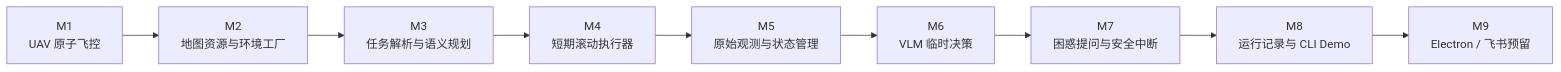
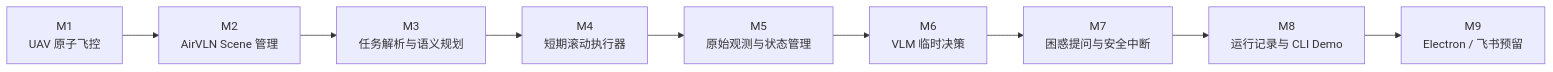
Before and after one commit to LZ6years/AeroPilot: the second of 5 diagrams in docs/mvp_flow_diagrams.md, drawn with Mermaid. The commit also changed other lines of this file and 52 other files, not shown here.

````diff
--- a/docs/mvp_flow_diagrams.md
+++ b/docs/mvp_flow_diagrams.md
@@ -41,11 +41,11 @@
 ```mermaid
 flowchart LR
-    M1["M1<br/>UAV 原子飞控"] --> M2["M2<br/>地图资源与环境工厂"]
+    M1["M1<br/>UAV 原子飞控"] --> M2["M2<br/>AirVLN Scene 管理"]
     M2 --> M3["M3<br/>任务解析与语义规划"]
     M3 --> M4["M4<br/>短期滚动执行器"]
     M4 --> M5["M5<br/>原始观测与状态管理"]
     M5 --> M6["M6<br/>VLM 临时决策"]
     M6 --> M7["M7<br/>困惑提问与安全中断"]
     M7 --> M8["M8<br/>运行记录与 CLI Demo"]
     M8 --> M9["M9<br/>Electron / 飞书预留"]
 ```
````
